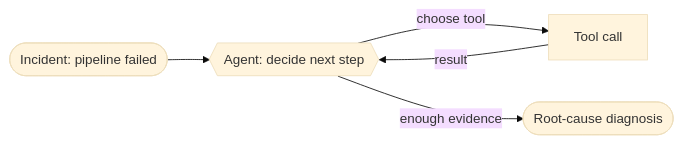
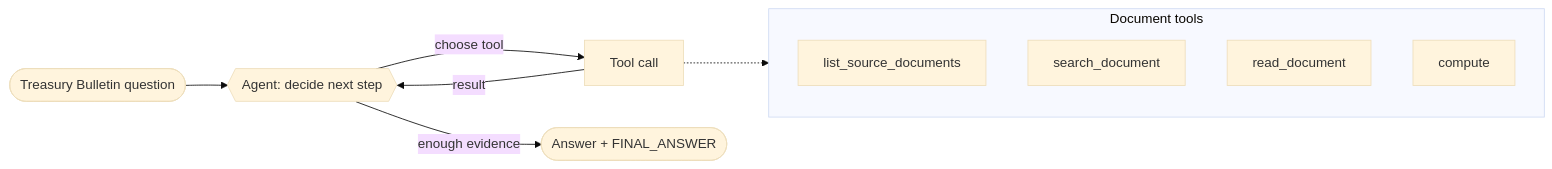
One commit to jtaylorisbell/agentic-facets changed the diagram in docs/recipes/01-single-tool-agent.md. Above: the diagram before and after it, drawn with Mermaid (base theme). The commit also changed other lines of this file and 18 other files, not shown here.

````diff
--- a/docs/recipes/01-single-tool-agent.md
+++ b/docs/recipes/01-single-tool-agent.md
@@ -18,7 +29,16 @@
 ```mermaid
 flowchart LR
-    In([Incident: pipeline failed]) --> A{{Agent: decide next step}}
+    Q([Treasury Bulletin question]) --> A{{Agent: decide next step}}
     A -->|choose tool| T[Tool call]
     T -->|result| A
-    A -->|enough evidence| Out([Root-cause diagnosis])
+    A -->|enough evidence| Out([Answer + FINAL_ANSWER])
+
+    subgraph tools [Document tools]
+        direction TB
+        t1[list_source_documents]
+        t2[search_document]
+        t3[read_document]
+        t4[compute]
+    end
+    T -.-> tools
 ```
````
